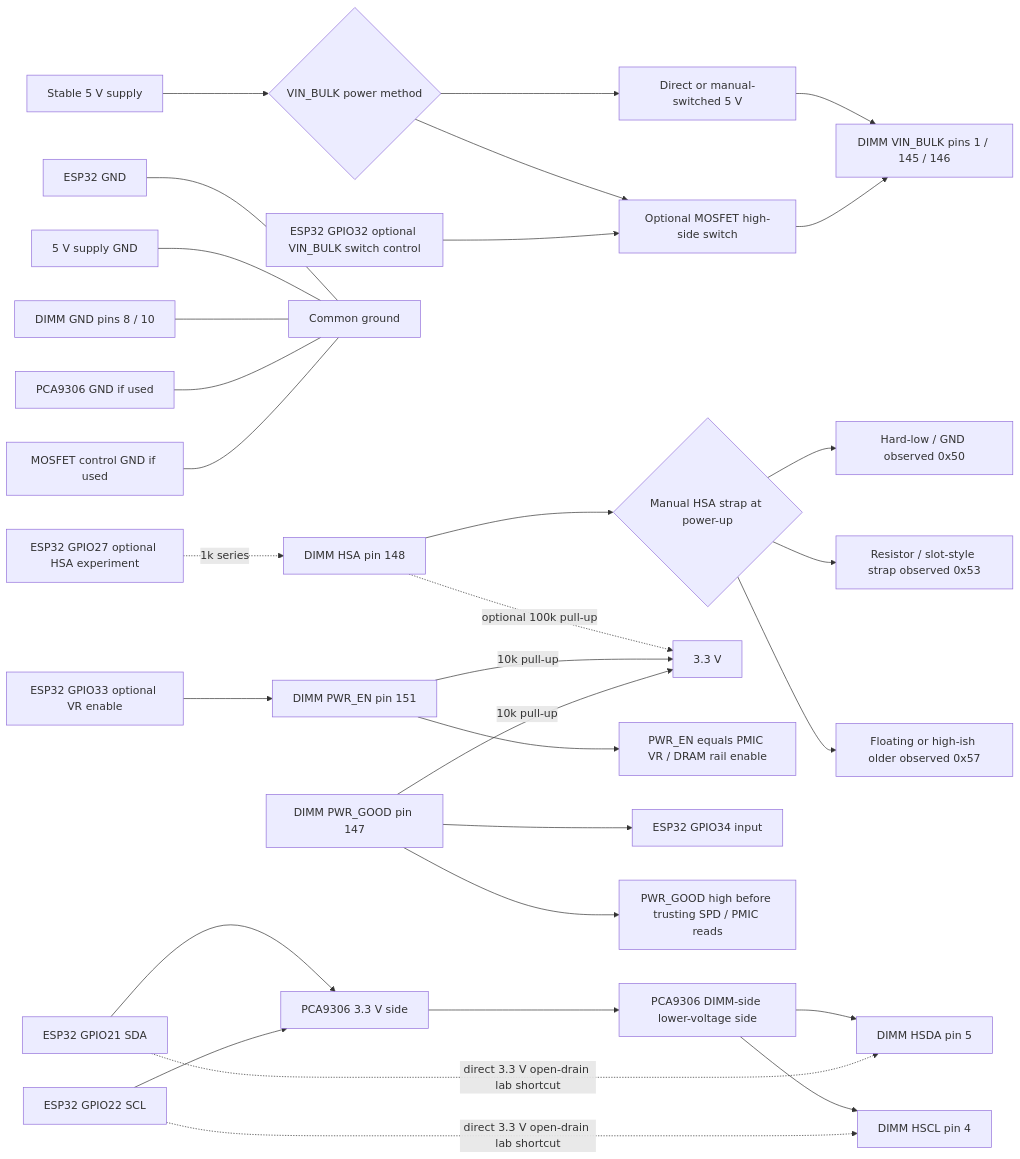
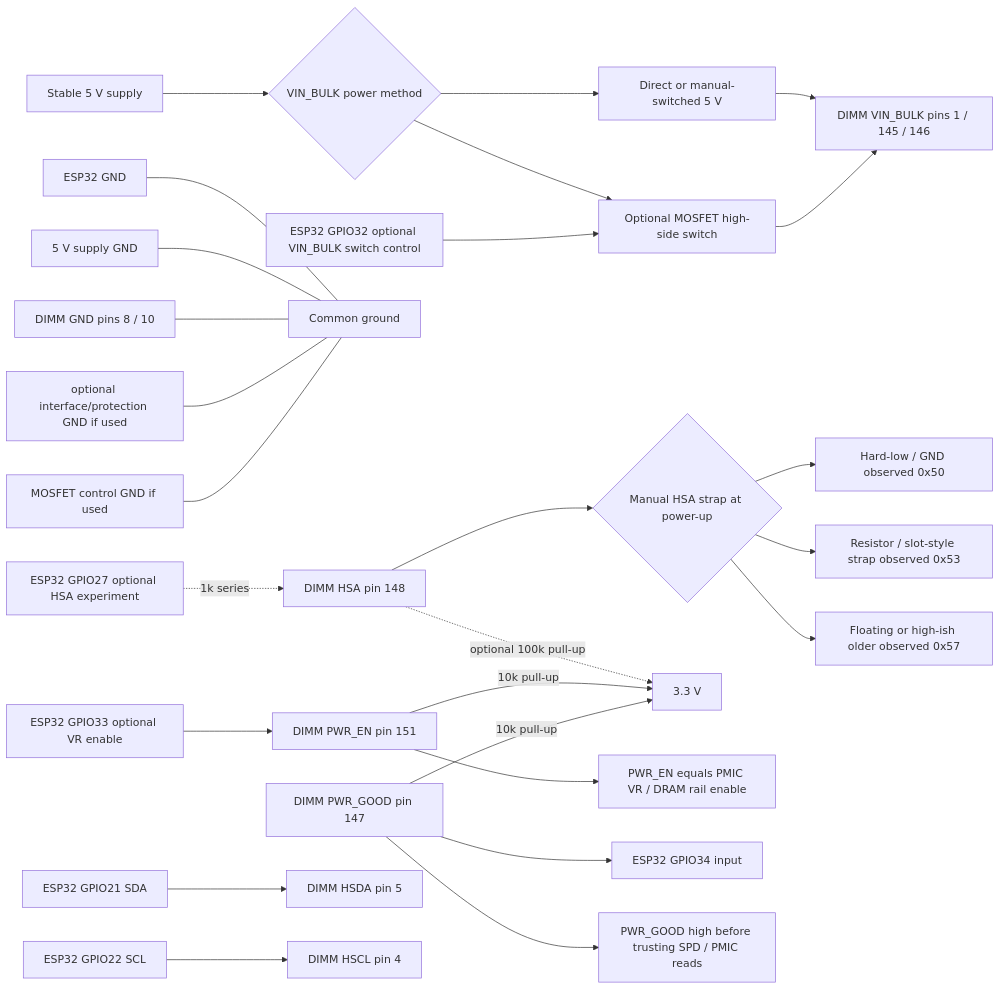
The first of 3 diagrams in hardware/spd-tool/wiring-diagram.md (djchumpguy/ddr5-spd-diagnostic), drawn with Mermaid before and after one commit. The commit also changed other lines of this file and 16 other files, not shown here.

````diff
--- a/hardware/spd-tool/wiring-diagram.md
+++ b/hardware/spd-tool/wiring-diagram.md
@@ -16,42 +17,36 @@
 ```mermaid
 flowchart LR
     PSU5["Stable 5 V supply"] --> POWERCHOICE{"VIN_BULK power method"}
 
     POWERCHOICE --> MANUAL["Direct or manual-switched 5 V"]
     MANUAL --> VIN["DIMM VIN_BULK pins 1 / 145 / 146"]
 
     POWERCHOICE --> MOSFET["Optional MOSFET high-side switch"]
     GPIO32["ESP32 GPIO32 optional VIN_BULK switch control"] --> MOSFET
     MOSFET --> VIN
 
     ESP32GND["ESP32 GND"] --- GND["Common ground"]
     PSUGND["5 V supply GND"] --- GND
     DIMMGND["DIMM GND pins 8 / 10"] --- GND
-    PCAGND["PCA9306 GND if used"] --- GND
+    IFGND["optional interface/protection GND if used"] --- GND
     MOSGND["MOSFET control GND if used"] --- GND
 
     HSA["DIMM HSA pin 148"] --> HSASTRAP{"Manual HSA strap at power-up"}
     HSASTRAP --> HSALOW["Hard-low / GND observed 0x50"]
     HSASTRAP --> HSARES["Resistor / slot-style strap observed 0x53"]
     HSASTRAP --> HSAHIGH["Floating or high-ish older observed 0x57"]
 
     GPIO27["ESP32 GPIO27 optional HSA experiment"] -. "1k series" .-> HSA
     HSA -. "optional 100k pull-up" .-> V33["3.3 V"]
 
     GPIO33["ESP32 GPIO33 optional VR enable"] --> PWREN["DIMM PWR_EN pin 151"]
     PWREN -- "10k pull-up" --> V33
     PWREN --> VRNOTE["PWR_EN equals PMIC VR / DRAM rail enable"]
 
     PWRGOOD["DIMM PWR_GOOD pin 147"] --> GPIO34["ESP32 GPIO34 input"]
     PWRGOOD -- "10k pull-up" --> V33
     PWRGOOD --> PGNOTE["PWR_GOOD high before trusting SPD / PMIC reads"]
 
-    GPIO21["ESP32 GPIO21 SDA"] --> PCA1["PCA9306 3.3 V side"]
-    GPIO22["ESP32 GPIO22 SCL"] --> PCA1
-    PCA1 --> PCA2["PCA9306 DIMM-side lower-voltage side"]
-    PCA2 --> HSDA["DIMM HSDA pin 5"]
-    PCA2 --> HSCL["DIMM HSCL pin 4"]
-
-    GPIO21 -. "direct 3.3 V open-drain lab shortcut" .-> HSDA
-    GPIO22 -. "direct 3.3 V open-drain lab shortcut" .-> HSCL
+    GPIO21["ESP32 GPIO21 SDA"] --> HSDA["DIMM HSDA pin 5"]
+    GPIO22["ESP32 GPIO22 SCL"] --> HSCL["DIMM HSCL pin 4"]
 ```
````
